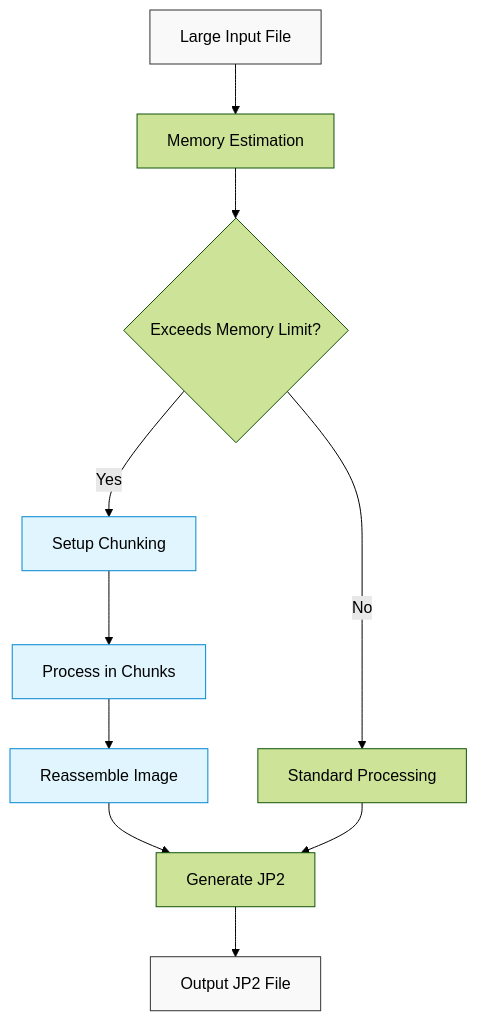
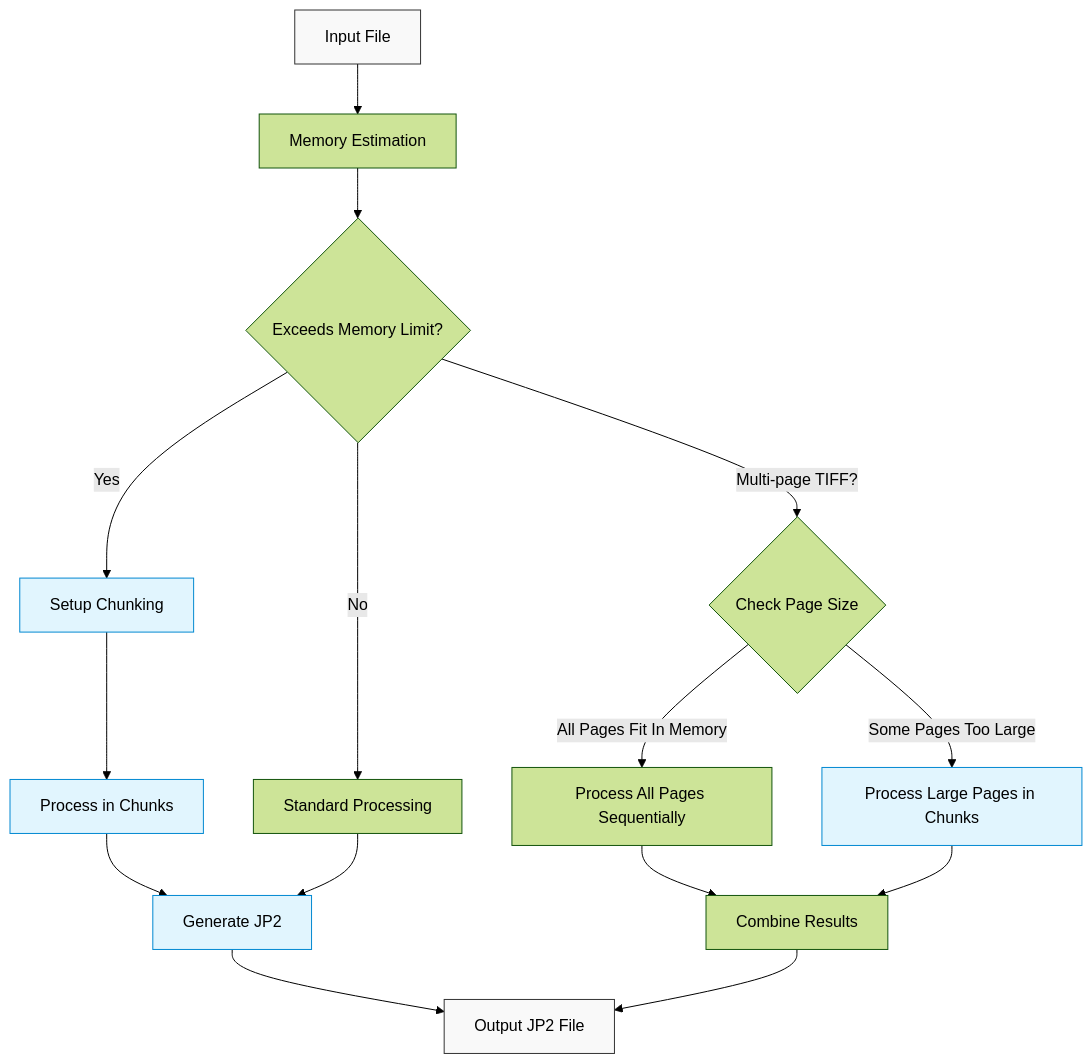
The third of 4 diagrams in docs/workflow_diagram.md (xy-liao/jp2forge), drawn with Mermaid (forest theme) before and after one commit. The commit also changed other lines of this file and 3 other files, not shown here.

Commit message:
workflow diagram updates

````diff
--- a/docs/workflow_diagram.md
+++ b/docs/workflow_diagram.md
@@ -49,18 +51,25 @@
 ```mermaid
 flowchart TD
-    A[Large Input File] --> B[Memory Estimation]
+    A[Input File] --> B[Memory Estimation]
     B --> C{Exceeds Memory Limit?}
     C -->|No| D[Standard Processing]
     C -->|Yes| E[Setup Chunking]
     E --> F[Process in Chunks]
-    F --> G[Reassemble Image]
-    G --> H[Generate JP2]
-    D --> H
-    H --> I[Output JP2 File]
+    F --> G[Generate JP2]
+    D --> G
+    G --> H[Output JP2 File]
+    
+    C --> |Multi-page TIFF?| I{Check Page Size}
+    I -->|All Pages Fit In Memory| J[Process All Pages Sequentially]
+    I -->|Some Pages Too Large| K[Process Large Pages in Chunks]
+    J --> L[Combine Results]
+    K --> L
+    L --> H
     
     style A fill:#f9f9f9,stroke:#333,stroke-width:1px
-    style I fill:#f9f9f9,stroke:#333,stroke-width:1px
+    style H fill:#f9f9f9,stroke:#333,stroke-width:1px
     style E fill:#e1f5fe,stroke:#0288d1,stroke-width:1px
     style F fill:#e1f5fe,stroke:#0288d1,stroke-width:1px
     style G fill:#e1f5fe,stroke:#0288d1,stroke-width:1px
+    style K fill:#e1f5fe,stroke:#0288d1,stroke-width:1px
 ```
````
